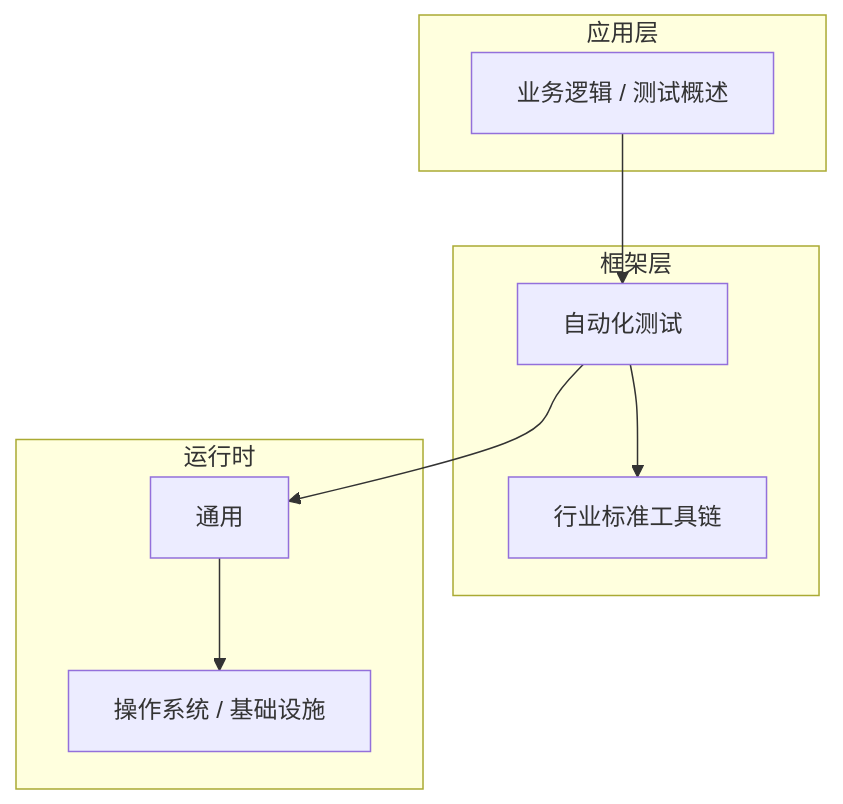
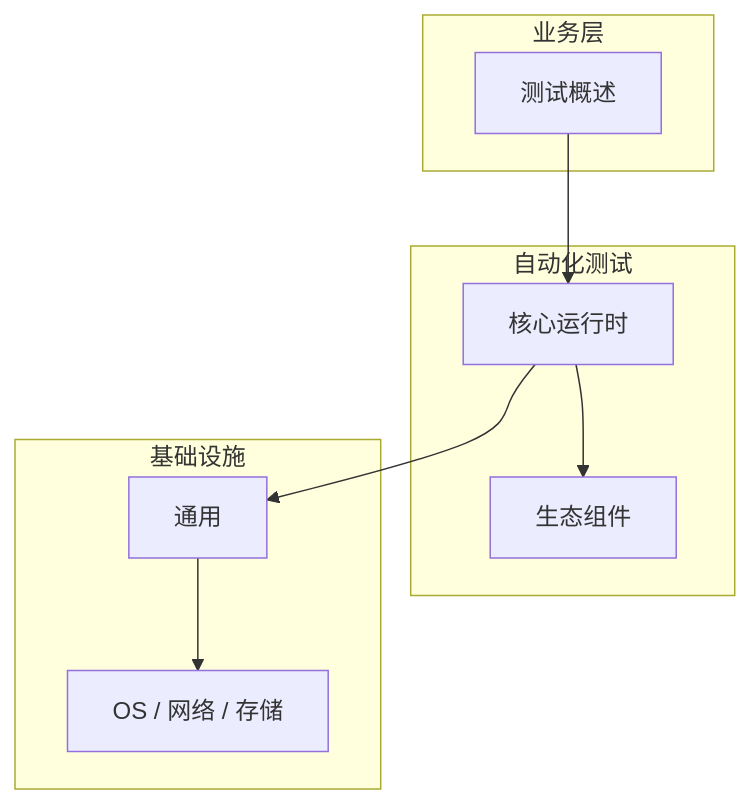
The diagram in articles/自动化测试/chapters/001-测试概述核心概念与原理.md (yanggan2015/knowledge-json-v2), drawn with Mermaid before and after one commit. The commit also changed other lines of this file and 10127 other files, not shown here.

````diff
--- a/articles/自动化测试/chapters/001-测试概述核心概念与原理.md
+++ b/articles/自动化测试/chapters/001-测试概述核心概念与原理.md
@@ -45,18 +34,18 @@
 ```mermaid
 graph TB
-    subgraph 应用层
-        A[业务逻辑 / 测试概述]
+    subgraph 业务层
+        A[测试概述]
     end
-    subgraph 框架层
-        B[自动化测试]
-        C[行业标准工具链]
+    subgraph 自动化测试
+        B[核心运行时]
+        C[生态组件]
     end
-    subgraph 运行时
+    subgraph 基础设施
         D[通用]
-        E[操作系统 / 基础设施]
+        E[OS / 网络 / 存储]
     end
     A --> B
     B --> C
     B --> D
     D --> E
 ```
````
